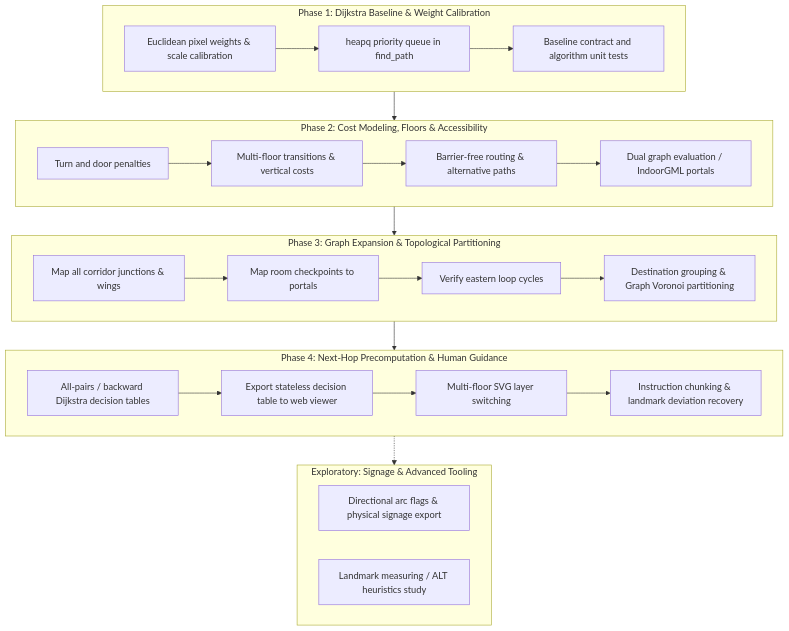
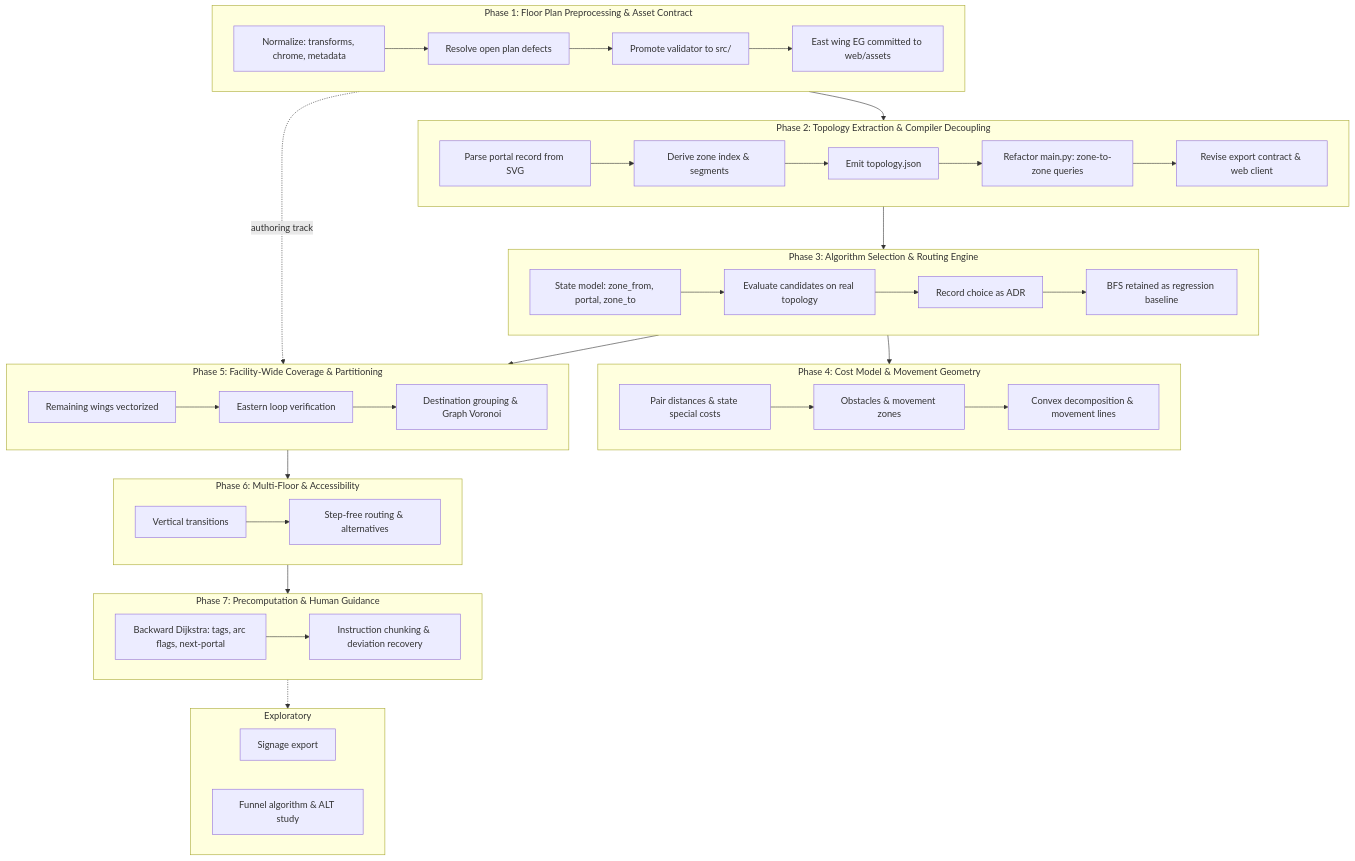
One commit to FLOORFOX/BFW_Wegweiser changed the diagram in docs/roadmap.md. Above: the diagram before and after it, drawn with Mermaid. The commit also changed other lines of this file and 7 other files, not shown here.

First line of the commit message:
Document semantic floor plans and portal graph architecture

````diff
--- a/docs/roadmap.md
+++ b/docs/roadmap.md
@@ -18,35 +51,49 @@
 ```mermaid
 flowchart TD
-    subgraph P1 [Phase 1: Dijkstra Baseline & Weight Calibration]
-        A1[Euclidean pixel weights & scale calibration] --> A2[heapq priority queue in find_path]
-        A2 --> A3[Baseline contract and algorithm unit tests]
+    subgraph P1 [Phase 1: Floor Plan Preprocessing & Asset Contract]
+        A1[Normalize: transforms, chrome, metadata] --> A2[Resolve open plan defects]
+        A2 --> A3[Promote validator to src/]
+        A3 --> A4[East wing EG committed to web/assets]
     end
 
-    subgraph P2 [Phase 2: Cost Modeling, Floors & Accessibility]
-        B1[Turn and door penalties] --> B2[Multi-floor transitions & vertical costs]
-        B2 --> B3[Barrier-free routing & alternative paths]
-        B3 --> B4[Dual graph evaluation / IndoorGML portals]
+    subgraph P2 [Phase 2: Topology Extraction & Compiler Decoupling]
+        B1[Parse portal record from SVG] --> B2[Derive zone index & segments]
+        B2 --> B3[Emit topology.json]
+        B3 --> B4[Refactor main.py: zone-to-zone queries]
+        B4 --> B5[Revise export contract & web client]
     end
 
-    subgraph P3 [Phase 3: Graph Expansion & Topological Partitioning]
-        C1[Map all corridor junctions & wings] --> C2[Map room checkpoints to portals]
-        C2 --> C3[Verify eastern loop cycles]
-        C3 --> C4[Destination grouping & Graph Voronoi partitioning]
+    subgraph P3 [Phase 3: Algorithm Selection & Routing Engine]
+        C1[State model: zone_from, portal, zone_to] --> C2[Evaluate candidates on real topology]
+        C2 --> C3[Record choice as ADR]
+        C3 --> C4[BFS retained as regression baseline]
     end
 
-    subgraph P4 [Phase 4: Next-Hop Precomputation & Human Guidance]
-        D1[All-pairs / backward Dijkstra decision tables] --> D2[Export stateless decision table to web viewer]
-        D2 --> D3[Multi-floor SVG layer switching]
-        D3 --> D4[Instruction chunking & landmark deviation recovery]
+    subgraph P4 [Phase 4: Cost Model & Movement Geometry]
+        D1[Pair distances & state special costs] --> D2[Obstacles & movement zones]
+        D2 --> D3[Convex decomposition & movement lines]
     end
 
-    subgraph P5 [Exploratory: Signage & Advanced Tooling]
-        E1[Directional arc flags & physical signage export]
-        E2[Landmark measuring / ALT heuristics study]
+    subgraph P5 [Phase 5: Facility-Wide Coverage & Partitioning]
+        E1[Remaining wings vectorized] --> E2[Eastern loop verification]
+        E2 --> E3[Destination grouping & Graph Voronoi]
     end
 
-    P1 --> P2
-    P2 --> P3
-    P3 --> P4
-    P4 -.-> P5
+    subgraph P6 [Phase 6: Multi-Floor & Accessibility]
+        F1[Vertical transitions] --> F2[Step-free routing & alternatives]
+    end
+
+    subgraph P7 [Phase 7: Precomputation & Human Guidance]
+        G1[Backward Dijkstra: tags, arc flags, next-portal] --> G2[Instruction chunking & deviation recovery]
+    end
+
+    subgraph P8 [Exploratory]
+        H1[Signage export]
+        H2[Funnel algorithm & ALT study]
+    end
+
+    P1 --> P2 --> P3 --> P4
+    P1 -.->|authoring track| P5
+    P3 --> P5 --> P6 --> P7
+    P7 -.-> P8
 ```
````
